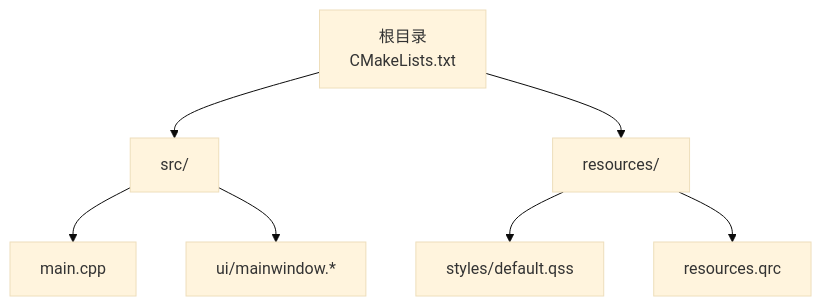
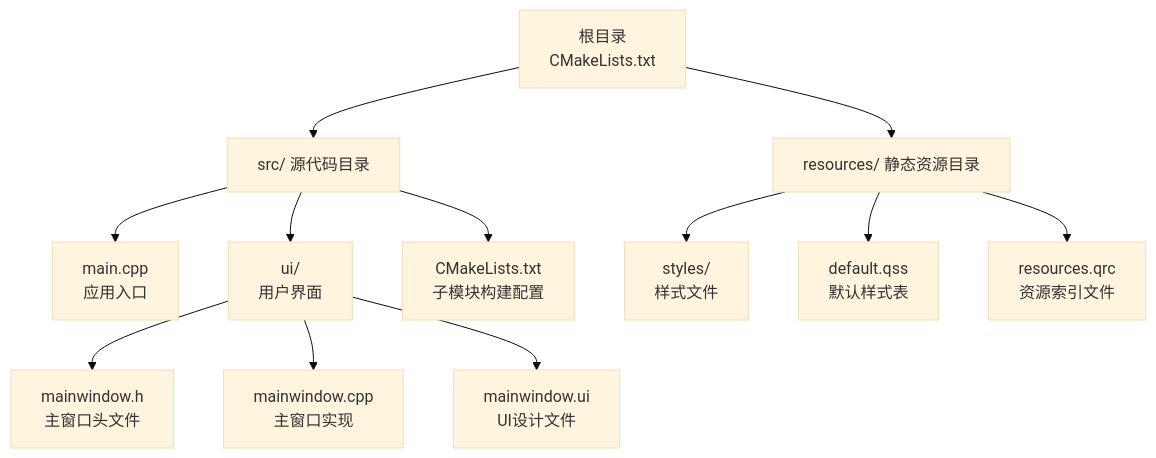
Before and after one commit to jakecai1225-design/OpenBus: the first of 4 diagrams in .qoder/repowiki/zh/content/项目概述.md, drawn with Mermaid (base theme). The commit also changed other lines of this file and 29 other files, not shown here.

````diff
--- a/.qoder/repowiki/zh/content/项目概述.md
+++ b/.qoder/repowiki/zh/content/项目概述.md
@@ -38,9 +43,14 @@
 ```mermaid
 graph TB
-A["根目录<br/>CMakeLists.txt"] --> B["src/"]
-A --> C["resources/"]
-B --> D["main.cpp"]
-B --> E["ui/mainwindow.*"]
-C --> F["styles/default.qss"]
-C --> G["resources.qrc"]
+A["根目录<br/>CMakeLists.txt"] --> B["src/ 源代码目录"]
+A --> C["resources/ 静态资源目录"]
+B --> D["main.cpp<br/>应用入口"]
+B --> E["ui/<br/>用户界面"]
+B --> F["CMakeLists.txt<br/>子模块构建配置"]
+E --> G["mainwindow.h<br/>主窗口头文件"]
+E --> H["mainwindow.cpp<br/>主窗口实现"]
+E --> I["mainwindow.ui<br/>UI设计文件"]
+C --> J["styles/<br/>样式文件"]
+C --> K["default.qss<br/>默认样式表"]
+C --> L["resources.qrc<br/>资源索引文件"]
 ```
````
